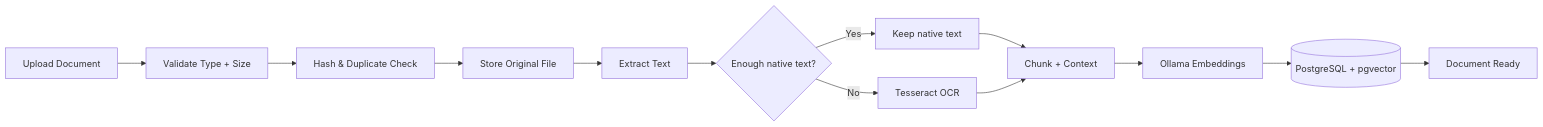
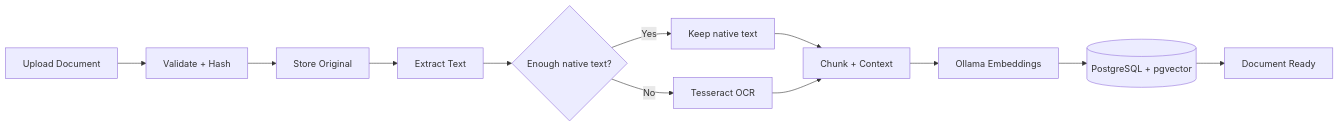
Before and after one commit to fizzahussain/Rag-Document-Assistant: the second of 3 diagrams in README.md, drawn with Mermaid. The commit also changed other lines of this file, not shown here.

````diff
--- a/README.md
+++ b/README.md
@@ -96,15 +84,14 @@
 ```mermaid
 flowchart LR
-    A[Upload Document] --> B[Validate Type + Size]
-    B --> C[Hash & Duplicate Check]
-    C --> D[Store Original File]
-    D --> E[Extract Text]
-    E --> F{Enough native text?}
-    F -- Yes --> G[Keep native text]
-    F -- No --> H[Tesseract OCR]
-    G --> I[Chunk + Context]
-    H --> I
-    I --> J[Ollama Embeddings]
-    J --> K[(PostgreSQL + pgvector)]
-    K --> L[Document Ready]
+    A[Upload Document] --> B[Validate + Hash]
+    B --> C[Store Original]
+    C --> D[Extract Text]
+    D --> E{Enough native text?}
+    E -- Yes --> F[Keep native text]
+    E -- No --> G[Tesseract OCR]
+    F --> H[Chunk + Context]
+    G --> H
+    H --> I[Ollama Embeddings]
+    I --> J[(PostgreSQL + pgvector)]
+    J --> K[Document Ready]
 ```
````
